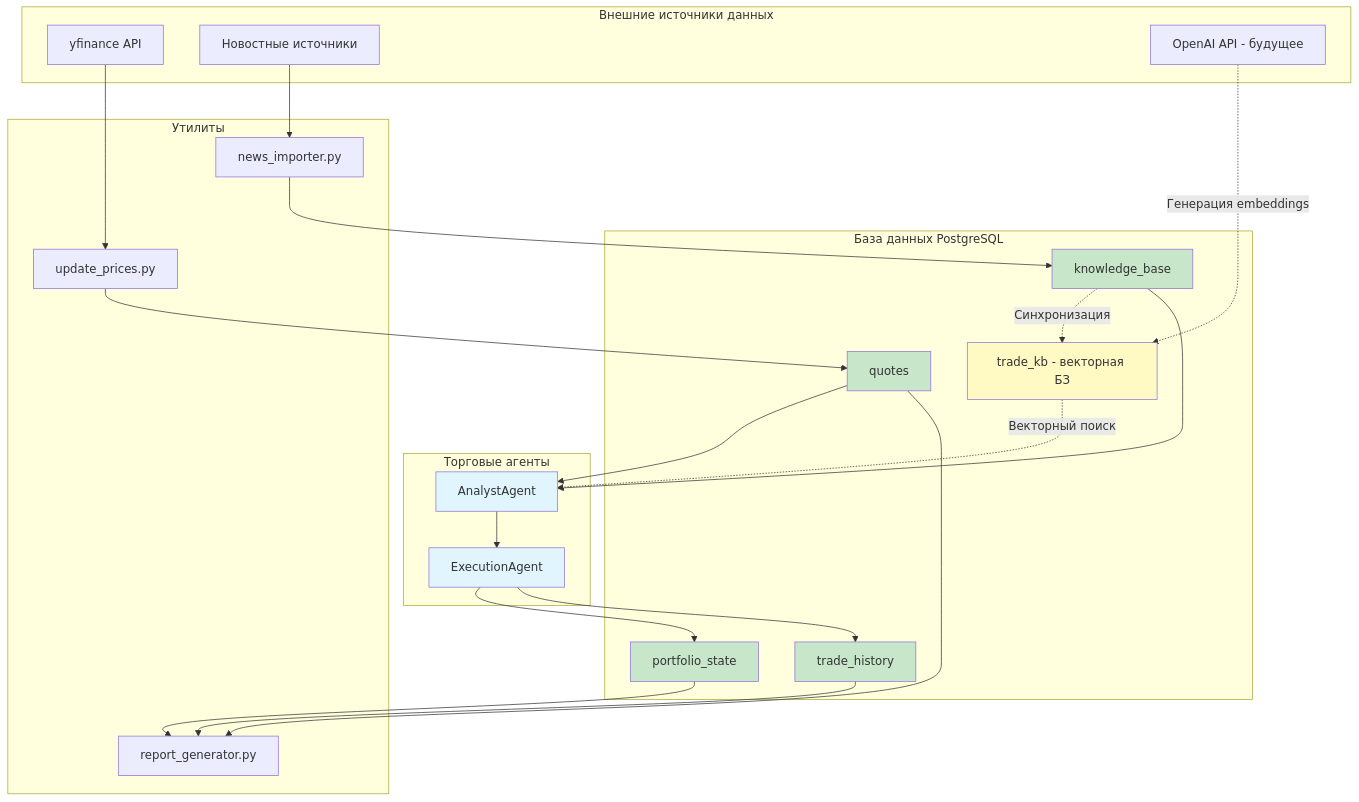
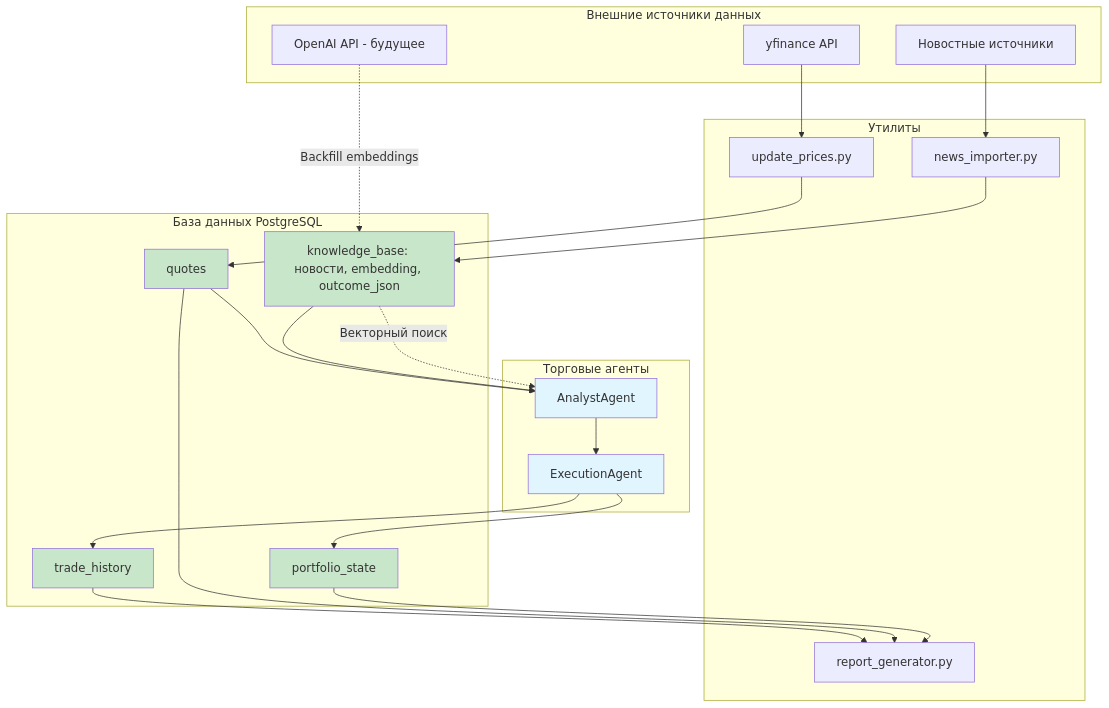
One commit to kobyzev-yuri/lse changed diagram 17 of 23 in BUSINESS_PROCESSES.md. Above: the diagram before and after it, drawn with Mermaid. The commit also changed other lines of this file and 30 other files, not shown here.

````diff
--- a/BUSINESS_PROCESSES.md
+++ b/BUSINESS_PROCESSES.md
@@ -561,54 +559,51 @@
 ```mermaid
 graph TB
     subgraph "Внешние источники данных"
         A[yfinance API]
         B[Новостные источники]
         C[OpenAI API - будущее]
     end
     
     subgraph "Торговые агенты"
         D[AnalystAgent]
         E[ExecutionAgent]
     end
     
     subgraph "Утилиты"
         F[update_prices.py]
         G[news_importer.py]
         H[report_generator.py]
     end
     
     subgraph "База данных PostgreSQL"
         I[quotes]
-        J[knowledge_base]
-        K[trade_kb - векторная БЗ]
+        J[knowledge_base: новости, embedding, outcome_json]
         L[portfolio_state]
         M[trade_history]
     end
     
     A --> F
     F --> I
     B --> G
     G --> J
-    J -.->|Синхронизация| K
-    C -.->|Генерация embeddings| K
+    C -.->|Backfill embeddings| J
     
     I --> D
     J --> D
-    K -.->|Векторный поиск| D
+    J -.->|Векторный поиск| D
     
     D --> E
     E --> L
     E --> M
     
     M --> H
     I --> H
     L --> H
     
     style D fill:#e1f5ff
     style E fill:#e1f5ff
-    style K fill:#fff9c4
     style I fill:#c8e6c9
     style J fill:#c8e6c9
     style L fill:#c8e6c9
     style M fill:#c8e6c9
 ```
````
